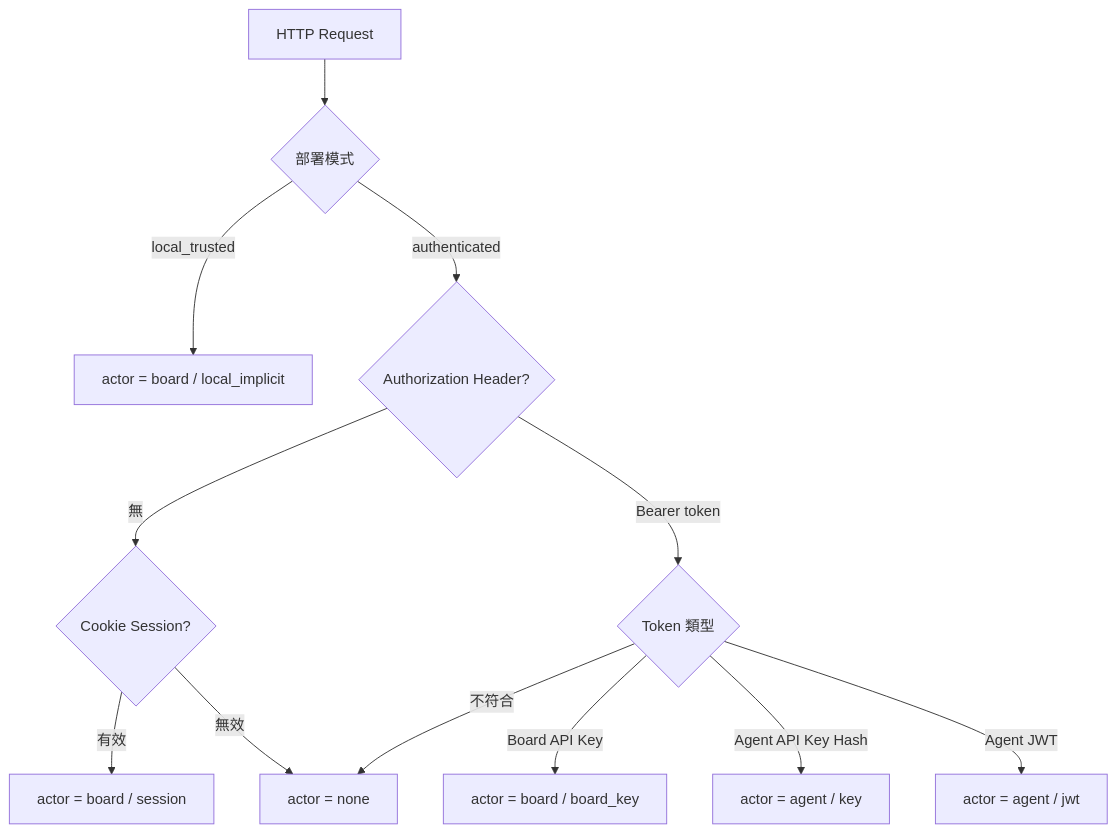
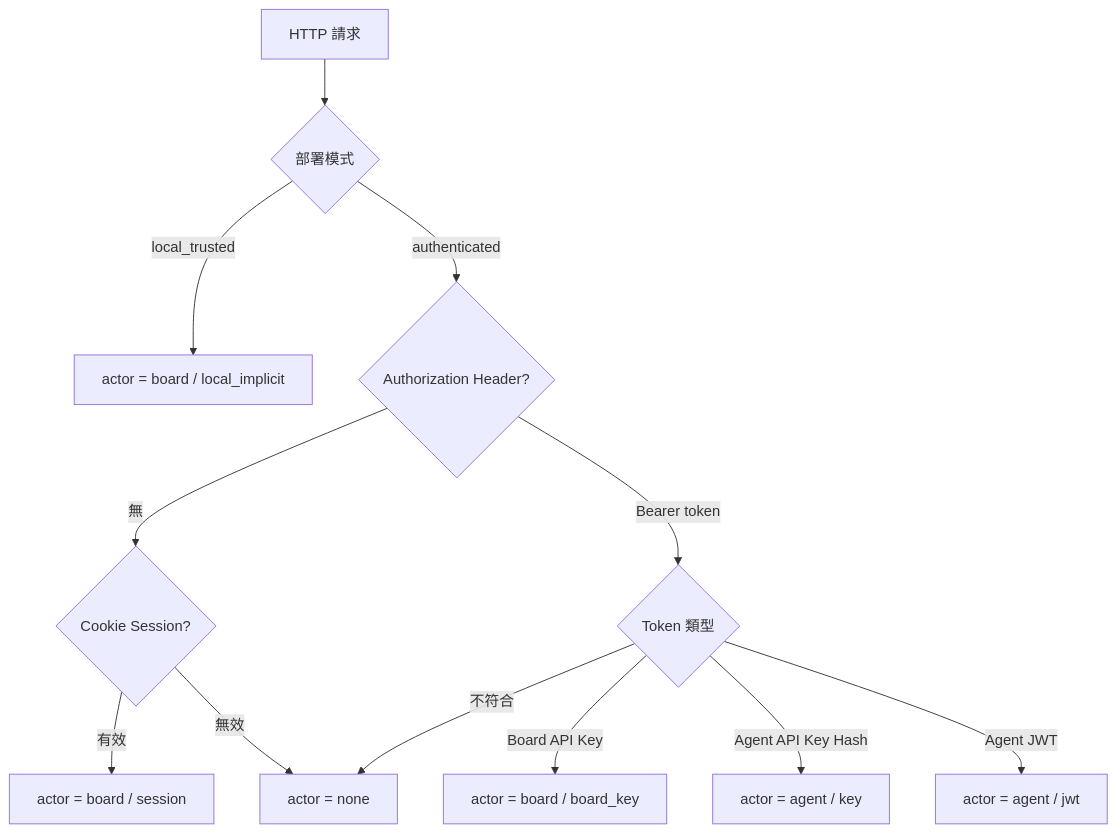
Before and after one commit to pichiu/paperclip: the diagram in .trace/API_SURFACE.md, drawn with Mermaid. The commit also changed other lines of this file and 2 other files, not shown here.

````diff
--- a/.trace/API_SURFACE.md
+++ b/.trace/API_SURFACE.md
@@ -22,14 +22,14 @@
 ```mermaid
 flowchart TD
-    REQ[HTTP Request] --> MODE{部署模式}
+    REQ[HTTP 請求] --> MODE{部署模式}
     MODE -->|local_trusted| BOARD_LOCAL[actor = board / local_implicit]
     MODE -->|authenticated| CHECK_AUTH{Authorization Header?}
     CHECK_AUTH -->|無| CHECK_SESSION{Cookie Session?}
     CHECK_SESSION -->|有效| BOARD_SESSION[actor = board / session]
     CHECK_SESSION -->|無效| NONE[actor = none]
     CHECK_AUTH -->|Bearer token| PARSE_TOKEN{Token 類型}
     PARSE_TOKEN -->|Board API Key| BOARD_KEY[actor = board / board_key]
     PARSE_TOKEN -->|Agent API Key Hash| AGENT_KEY[actor = agent / key]
     PARSE_TOKEN -->|Agent JWT| AGENT_JWT[actor = agent / jwt]
     PARSE_TOKEN -->|不符合| NONE
 ```
````
